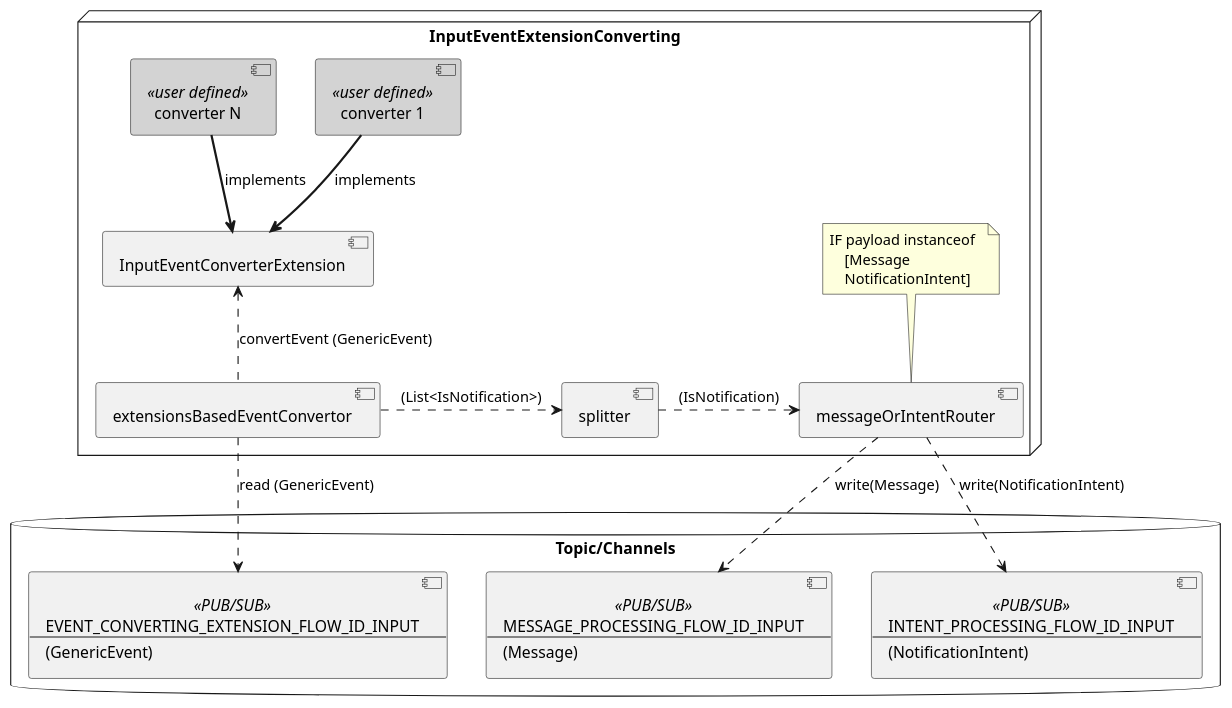
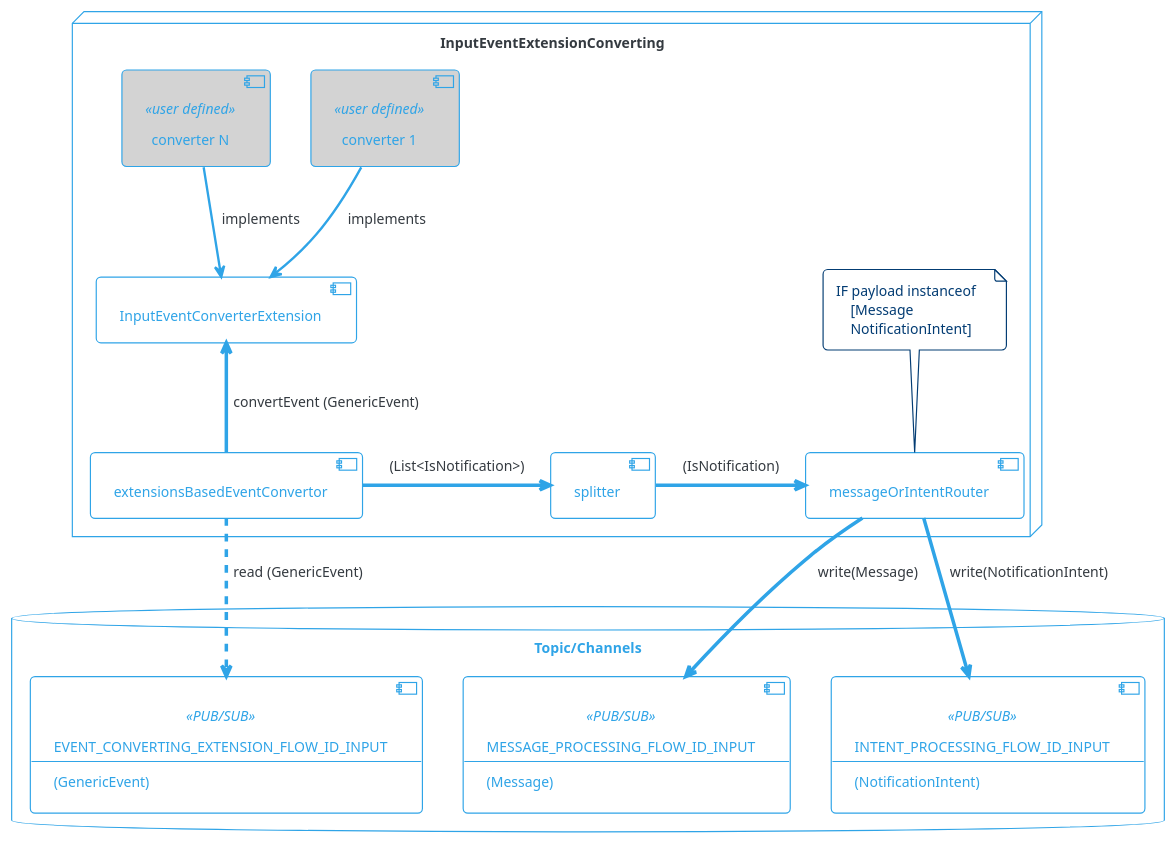
The diagram in diagrams/input-event-extension-converting.puml (com-obj/notiflow), drawn with PlantUML before and after one commit. The commit also changed 5 other files, not shown here.

Commit message:
diagram update

```diff
--- a/diagrams/input-event-extension-converting.puml
+++ b/diagrams/input-event-extension-converting.puml
@@ -1,51 +1,53 @@
 @startuml
+
+!theme cerulean-outline
 
 skinparam component {
     backgroundColor<<user defined>> LightGray
 }
 
 database "Topic/Channels" {
     component EVENT_CONVERTING_EXTENSION_FLOW_ID_INPUT<<PUB/SUB>> [
         EVENT_CONVERTING_EXTENSION_FLOW_ID_INPUT
         --
         (GenericEvent)
     ]
   
     component MESSAGE_PROCESSING_FLOW_ID_INPUT<<PUB/SUB>>[
         MESSAGE_PROCESSING_FLOW_ID_INPUT
         --
         (Message)
     ]
 
     component INTENT_PROCESSING_FLOW_ID_INPUT<<PUB/SUB>>[
         INTENT_PROCESSING_FLOW_ID_INPUT
         --
         (NotificationIntent)
     ]
 }
 
 node "InputEventExtensionConverting" {
-  [extensionsBasedEventConvertor] ..> [EVENT_CONVERTING_EXTENSION_FLOW_ID_INPUT] : read (GenericEvent)
-  [splitter]
-  [messageOrIntentRouter]
-  [InputEventConverterExtension]
-  [converter 1]<<user defined>>
-  [converter N]<<user defined>>
+    [extensionsBasedEventConvertor] ..> [EVENT_CONVERTING_EXTENSION_FLOW_ID_INPUT] : read (GenericEvent)
+    [splitter]
+    [messageOrIntentRouter]
+    [InputEventConverterExtension]
+    [converter 1]<<user defined>>
+    [converter N]<<user defined>>
 
-  extensionsBasedEventConvertor .up.> InputEventConverterExtension: convertEvent (GenericEvent) 
-  [converter 1] -[bold]-> InputEventConverterExtension: implements
-  [converter N] .[bold].> InputEventConverterExtension: implements
-  extensionsBasedEventConvertor .> splitter: (List<IsNotification>)
-  splitter .> messageOrIntentRouter: (IsNotification)
+    extensionsBasedEventConvertor -up-> InputEventConverterExtension: convertEvent (GenericEvent) 
+    [converter 1] -[bold]-> InputEventConverterExtension: implements
+    [converter N] .[bold].> InputEventConverterExtension: implements
+    extensionsBasedEventConvertor -> splitter: (List<IsNotification>)
+    splitter -> messageOrIntentRouter: (IsNotification)
 
-  messageOrIntentRouter .> MESSAGE_PROCESSING_FLOW_ID_INPUT: write(Message)
-  messageOrIntentRouter .> INTENT_PROCESSING_FLOW_ID_INPUT: write(NotificationIntent)
+    messageOrIntentRouter -> MESSAGE_PROCESSING_FLOW_ID_INPUT: write(Message)
+    messageOrIntentRouter -> INTENT_PROCESSING_FLOW_ID_INPUT: write(NotificationIntent)
 
     note top of messageOrIntentRouter 
     IF payload instanceof  
         [Message
         NotificationIntent]
     end note  
 }
 
 @enduml
```
